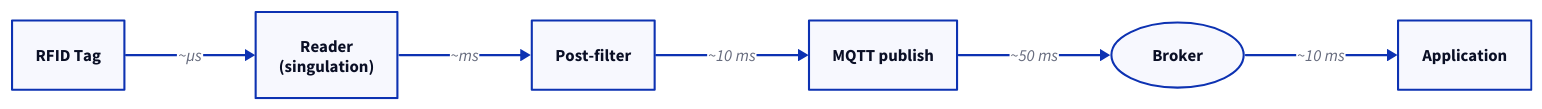
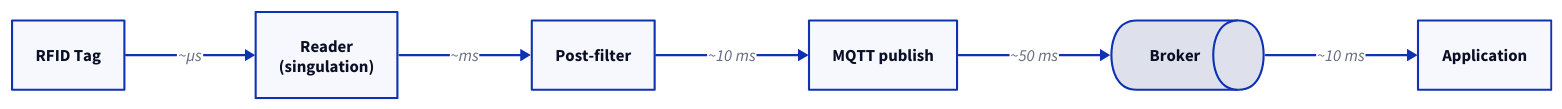
One commit to admiral-ai/zebra-handheld-rfid-iotc changed the first of 2 diagrams in docs/rfid/tag-data/architecture.md. Above: the diagram before and after it, drawn with D2. The commit also changed other lines of this file and 40 other files, not shown here.

First line of the commit message:
Redesign all 54 D2 diagrams to a unified visual system

````diff
--- a/docs/rfid/tag-data/architecture.md
+++ b/docs/rfid/tag-data/architecture.md
@@ -20,14 +20,15 @@
 ```d2
 direction: right
 T: RFID Tag
 R: "Reader\n(singulation)"
 PF: Post-filter
 MP: MQTT publish
-B: Broker { shape: oval }
+B: Broker { shape: queue }
 A: Application
-T -> R: "~µs"
-R -> PF: "~ms"
-PF -> MP: "~10 ms"
-MP -> B: "~50 ms"
-B -> A: "~10 ms"
+T -> R: ~µs
+R -> PF: ~ms
+PF -> MP: ~10 ms
+MP -> B: ~50 ms
+B -> A: ~10 ms
+
 ```
````
